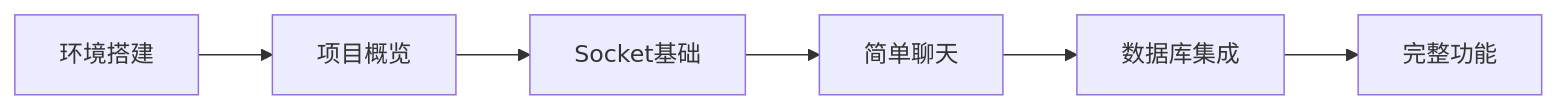
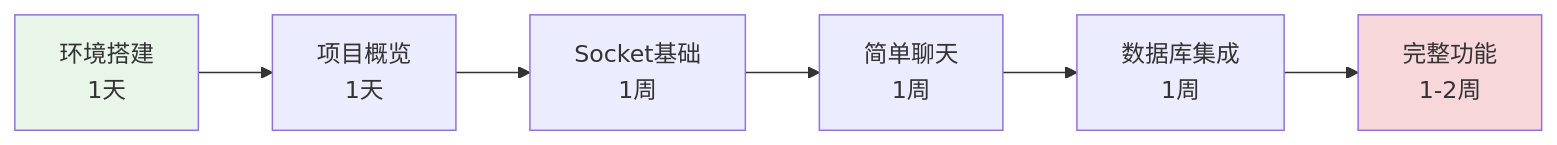
One commit to ogas1024/Chat-Room changed the first of 5 diagrams in docs/learning-v02/index.md. Above: the diagram before and after it, drawn with Mermaid. The commit also changed other lines of this file and 33 other files, not shown here.

````diff
--- a/docs/learning-v02/index.md
+++ b/docs/learning-v02/index.md
@@ -127,8 +202,11 @@
 ```mermaid
 graph LR
-    A[环境搭建] --> B[项目概览]
-    B --> C[Socket基础]
-    C --> D[简单聊天]
-    D --> E[数据库集成]
-    E --> F[完整功能]
+    A[环境搭建<br/>1天] --> B[项目概览<br/>1天]
+    B --> C[Socket基础<br/>1周]
+    C --> D[简单聊天<br/>1周]
+    D --> E[数据库集成<br/>1周]
+    E --> F[完整功能<br/>1-2周]
+
+    style A fill:#e8f5e8
+    style F fill:#f8d7da
 ```
````
